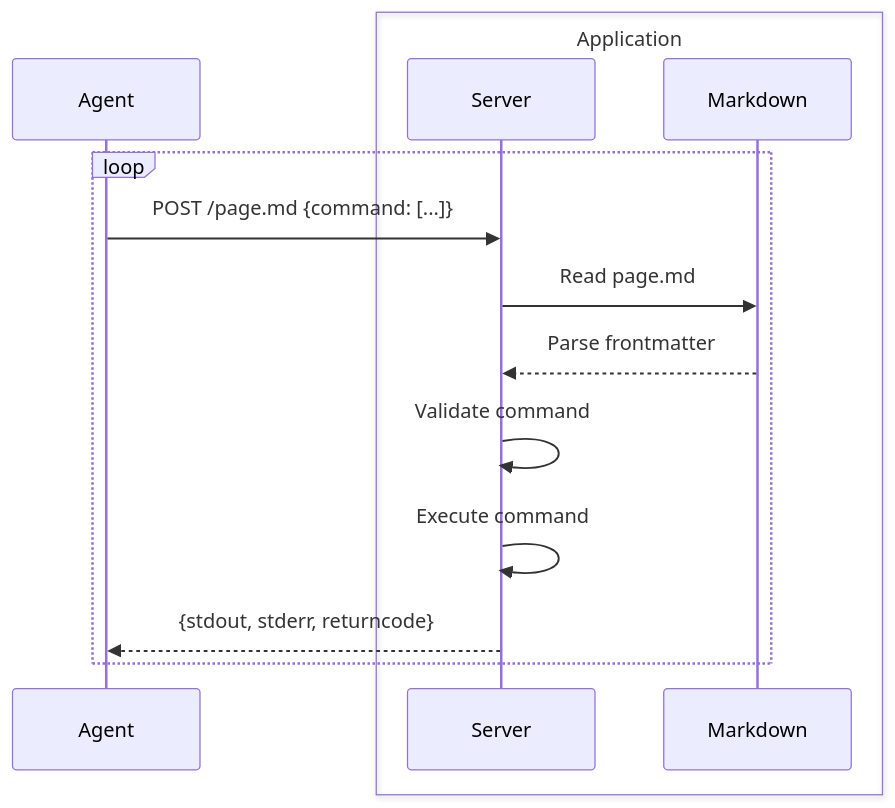
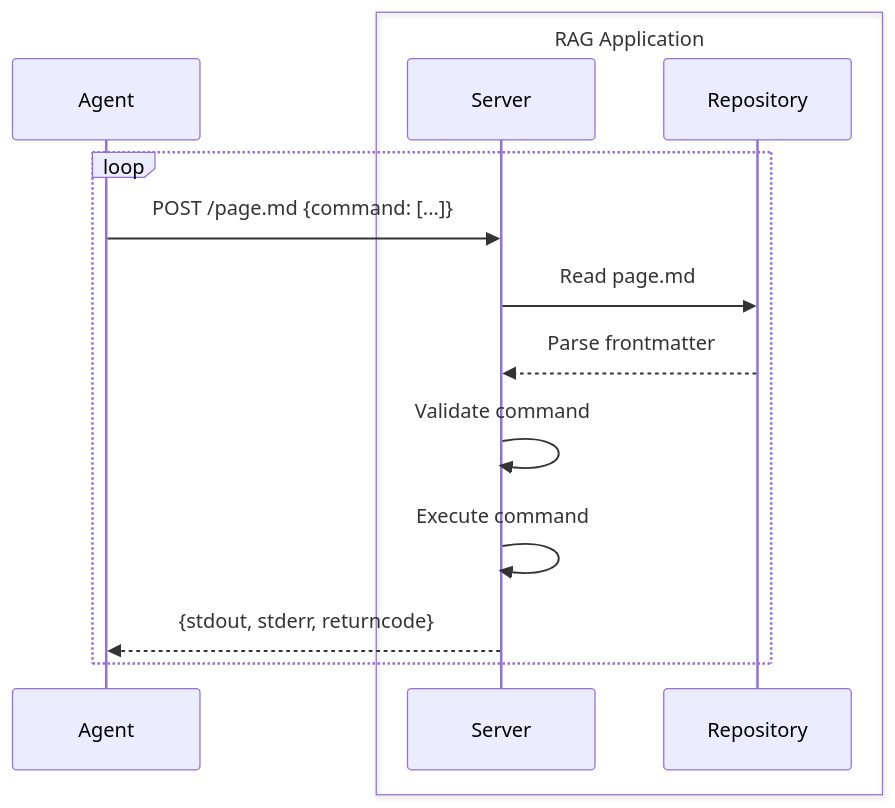
Before and after one commit to statespace-tech/toolfront: the second of 2 diagrams in docs/pages/documentation/application/architecture.md, drawn with Mermaid. The commit also changed other lines of this file and 19 other files, not shown here.

````diff
--- a/docs/pages/documentation/application/architecture.md
+++ b/docs/pages/documentation/application/architecture.md
@@ -52,17 +52,17 @@
 ```mermaid
 sequenceDiagram
     participant Agent
-    box Application
+    box RAG Application
         participant Server
-        participant Markdown
+        participant Repository
     end
 
     loop
         Agent->>Server: POST /page.md {command: [...]}
-        Server->>Markdown: Read page.md
-        Markdown-->>Server: Parse frontmatter
+        Server->>Repository: Read page.md
+        Repository-->>Server: Parse frontmatter
         Server->>Server: Validate command
         Server->>Server: Execute command
         Server-->>Agent: {stdout, stderr, returncode}
     end
 ```
````
